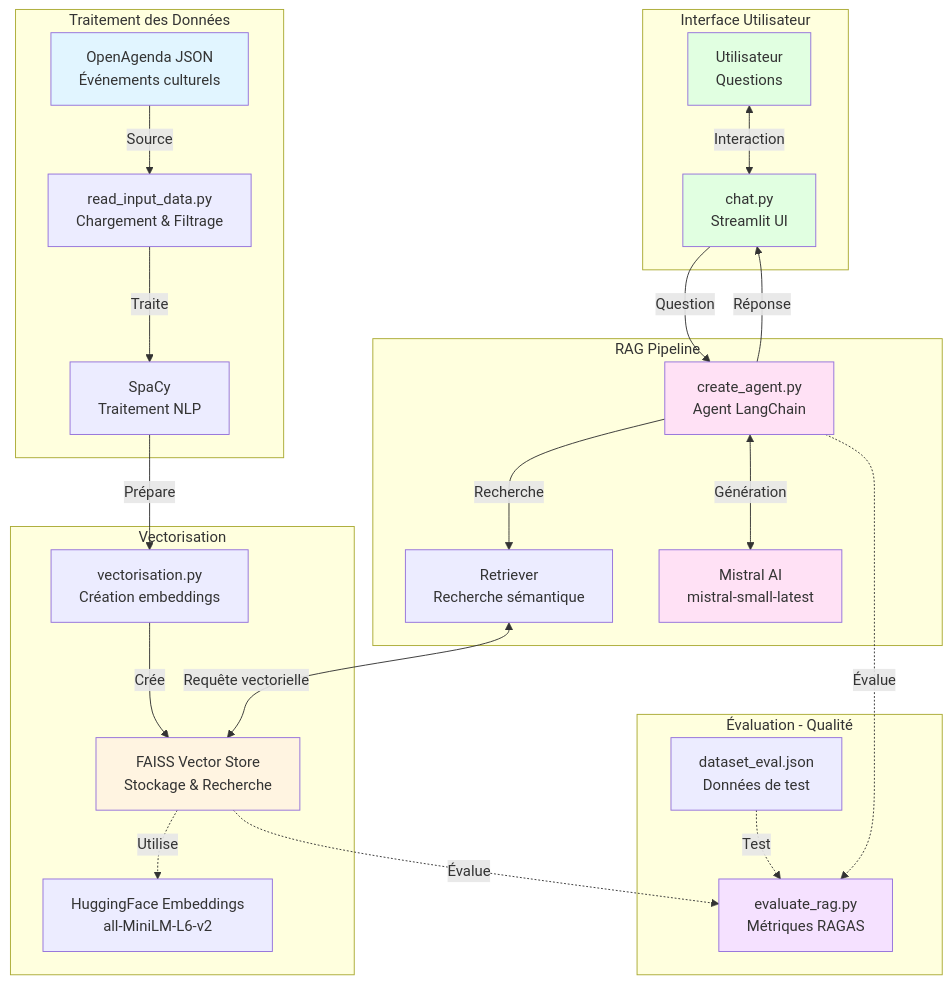
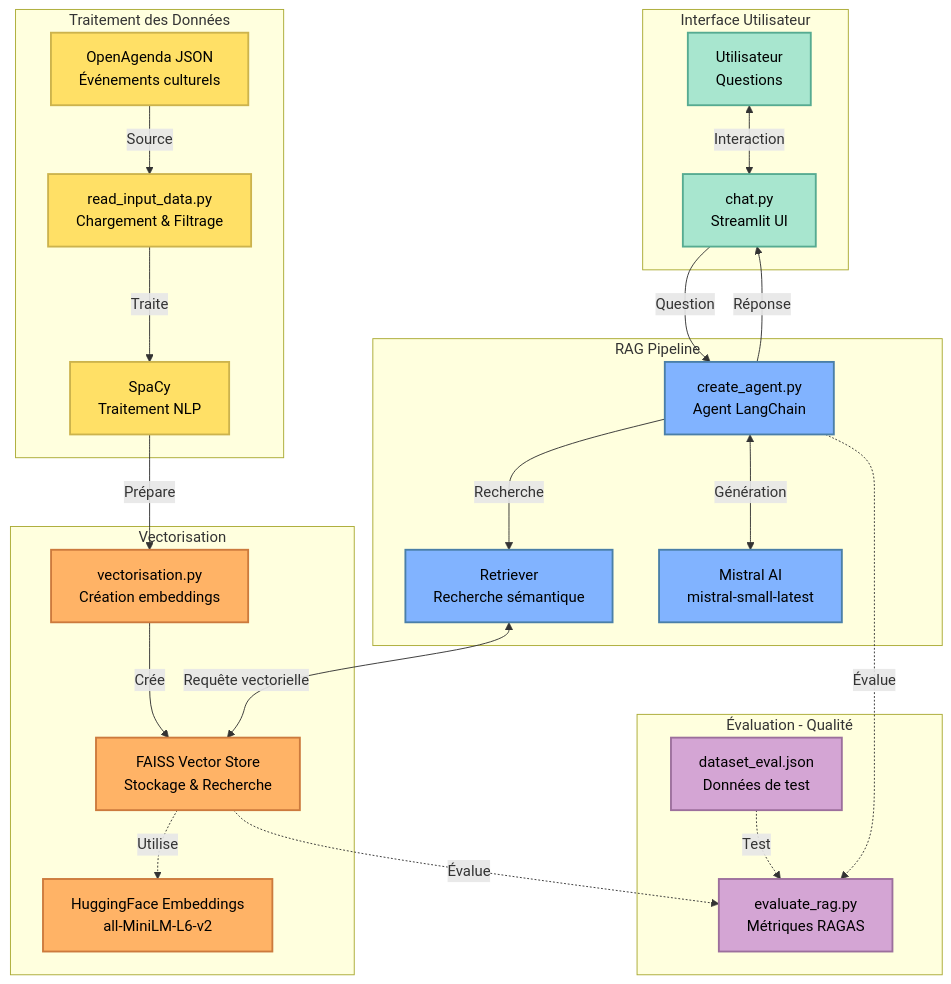
One commit to Tomtou1/projet_11_RAG changed the diagram in Readme.md. Above: the diagram before and after it, drawn with Mermaid. The commit also changed 5 other files, not shown here.

````diff
--- a/Readme.md
+++ b/Readme.md
@@ -7,57 +7,72 @@
 ```mermaid
 graph TD
     subgraph "Interface Utilisateur"
         K[Utilisateur<br/>Questions]
         J[chat.py<br/>Streamlit UI]
     end
     
     K <-->|Interaction| J
     
     subgraph "RAG Pipeline"
         G[create_agent.py<br/>Agent LangChain]
         H[Retriever<br/>Recherche sémantique]
         I[Mistral AI<br/>mistral-small-latest]
     end
     
     J -->|Question| G
     G -->|Recherche| H
     G <-->|Génération| I
     G -->|Réponse| J
     
     subgraph "Vectorisation"
         F[FAISS Vector Store<br/>Stockage & Recherche]
         E[HuggingFace Embeddings<br/>all-MiniLM-L6-v2]
         D[vectorisation.py<br/>Création embeddings]
     end
     
     H <-->|Requête vectorielle| F
     F -.->|Utilise| E
     D -->|Crée| F
     
     subgraph "Traitement des Données "
         C[SpaCy<br/>Traitement NLP]
         B[read_input_data.py<br/>Chargement & Filtrage]
         A[OpenAgenda JSON<br/>Événements culturels]
     end
     
     B -->|Traite| C
     C -->|Prépare| D
     A -->|Source| B
     
     subgraph "Évaluation - Qualité"
         L[evaluate_rag.py<br/>Métriques RAGAS]
         M[dataset_eval.json<br/>Données de test]
     end
     
     G -.->|Évalue| L
     F -.->|Évalue| L
     M -.->|Test| L
     
-    style K fill:#e1ffe1
-    style J fill:#e1ffe1
-    style G fill:#ffe1f5
-    style I fill:#ffe1f5
-    style F fill:#fff4e1
-    style A fill:#e1f5ff
-    style L fill:#f5e1ff
+    %% Interface Utilisateur - Vert clair
+    style K fill:#a8e6cf,stroke:#56ab91,stroke-width:2px,color:#000
+    style J fill:#a8e6cf,stroke:#56ab91,stroke-width:2px,color:#000
+    
+    %% RAG Pipeline - Bleu clair
+    style G fill:#81b3ff,stroke:#4a7fa8,stroke-width:2px,color:#000
+    style H fill:#81b3ff,stroke:#4a7fa8,stroke-width:2px,color:#000
+    style I fill:#81b3ff,stroke:#4a7fa8,stroke-width:2px,color:#000
+    
+    %% Vectorisation - Orange clair
+    style F fill:#ffb366,stroke:#cc7a3d,stroke-width:2px,color:#000
+    style E fill:#ffb366,stroke:#cc7a3d,stroke-width:2px,color:#000
+    style D fill:#ffb366,stroke:#cc7a3d,stroke-width:2px,color:#000
+    
+    %% Traitement des Données - Jaune clair
+    style C fill:#ffe066,stroke:#ccb34d,stroke-width:2px,color:#000
+    style B fill:#ffe066,stroke:#ccb34d,stroke-width:2px,color:#000
+    style A fill:#ffe066,stroke:#ccb34d,stroke-width:2px,color:#000
+    
+    %% Évaluation - Violet clair
+    style L fill:#d4a5d4,stroke:#9c6f9c,stroke-width:2px,color:#000
+    style M fill:#d4a5d4,stroke:#9c6f9c,stroke-width:2px,color:#000
 ```
````
